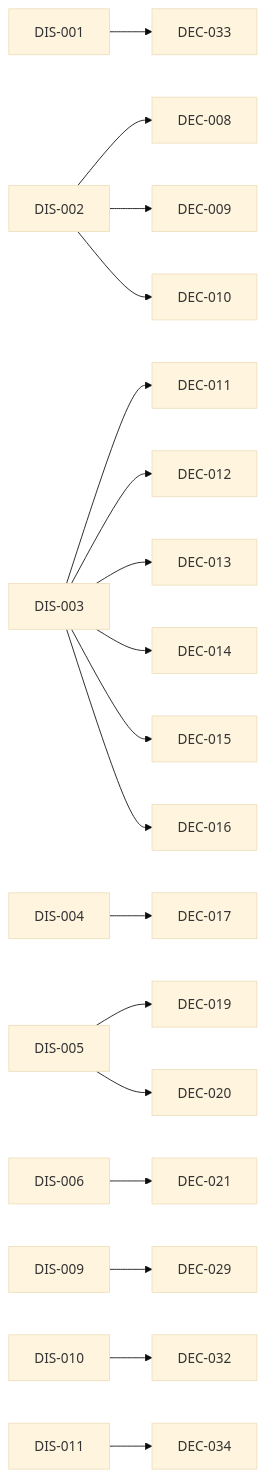
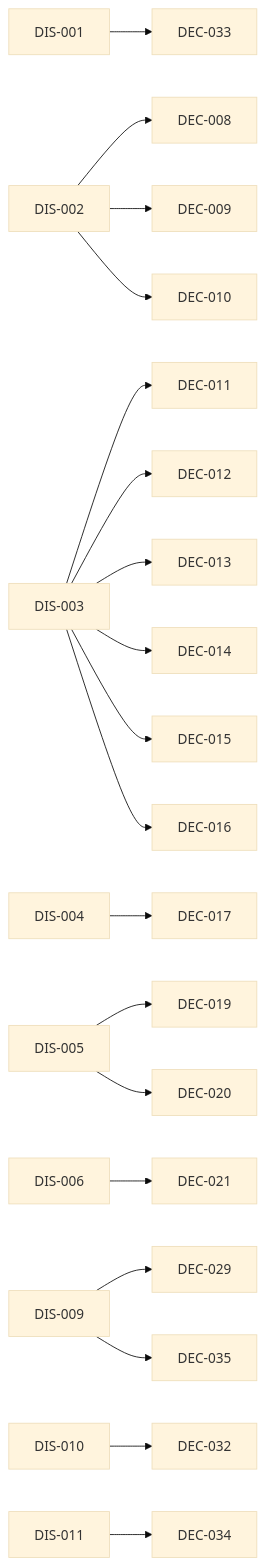
The diagram in INDEX.md (amartis/sonoai_research_notes), drawn with Mermaid (base theme) before and after one commit. The commit also changed other lines of this file and 3 other files, not shown here.

First line of the commit message:
DEC-035 Qwen3-VL-8B (4-bit) second annotator on the GPU box; DEC-029 superseded; DIS-009 update

````diff
--- a/INDEX.md
+++ b/INDEX.md
@@ -64,20 +65,21 @@
 ```mermaid
 flowchart LR
   DIS_001[DIS-001] --> DEC_033[DEC-033]
   DIS_002[DIS-002] --> DEC_008[DEC-008]
   DIS_002[DIS-002] --> DEC_009[DEC-009]
   DIS_002[DIS-002] --> DEC_010[DEC-010]
   DIS_003[DIS-003] --> DEC_011[DEC-011]
   DIS_003[DIS-003] --> DEC_012[DEC-012]
   DIS_003[DIS-003] --> DEC_013[DEC-013]
   DIS_003[DIS-003] --> DEC_014[DEC-014]
   DIS_003[DIS-003] --> DEC_015[DEC-015]
   DIS_003[DIS-003] --> DEC_016[DEC-016]
   DIS_004[DIS-004] --> DEC_017[DEC-017]
   DIS_005[DIS-005] --> DEC_019[DEC-019]
   DIS_005[DIS-005] --> DEC_020[DEC-020]
   DIS_006[DIS-006] --> DEC_021[DEC-021]
   DIS_009[DIS-009] --> DEC_029[DEC-029]
+  DIS_009[DIS-009] --> DEC_035[DEC-035]
   DIS_010[DIS-010] --> DEC_032[DEC-032]
   DIS_011[DIS-011] --> DEC_034[DEC-034]
 ```
````
